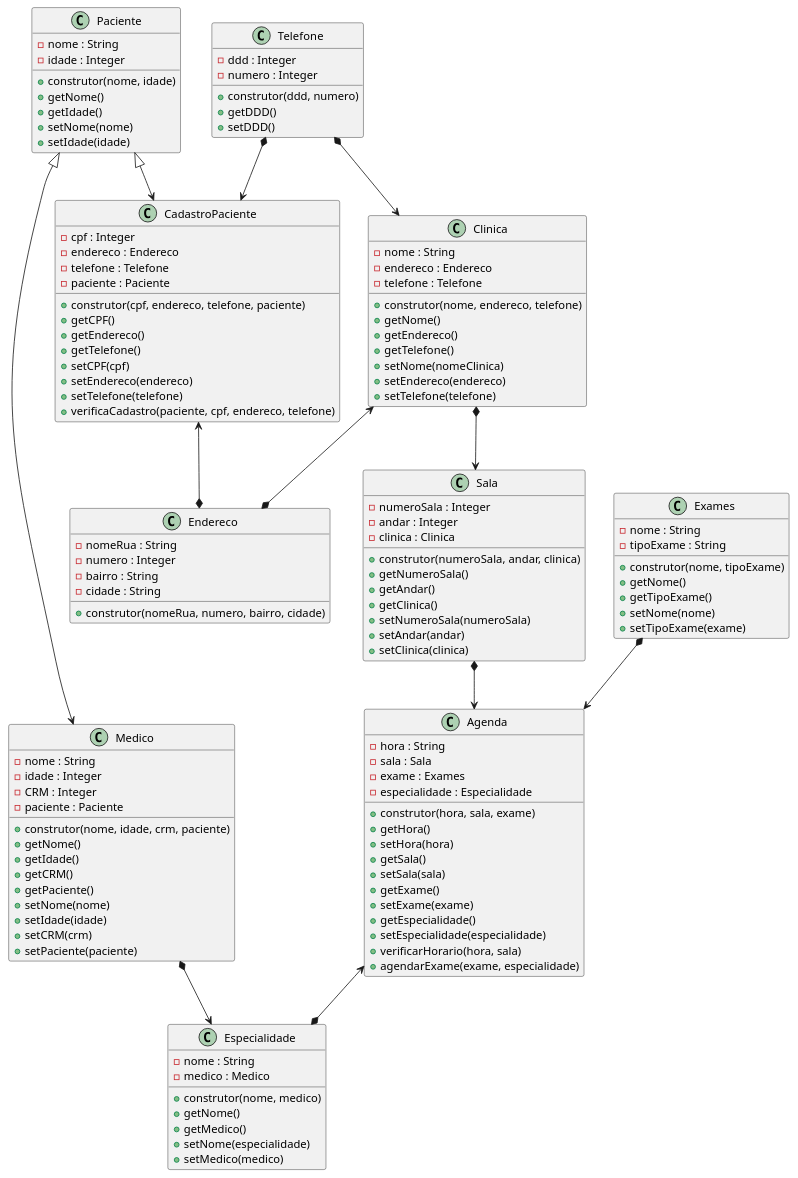
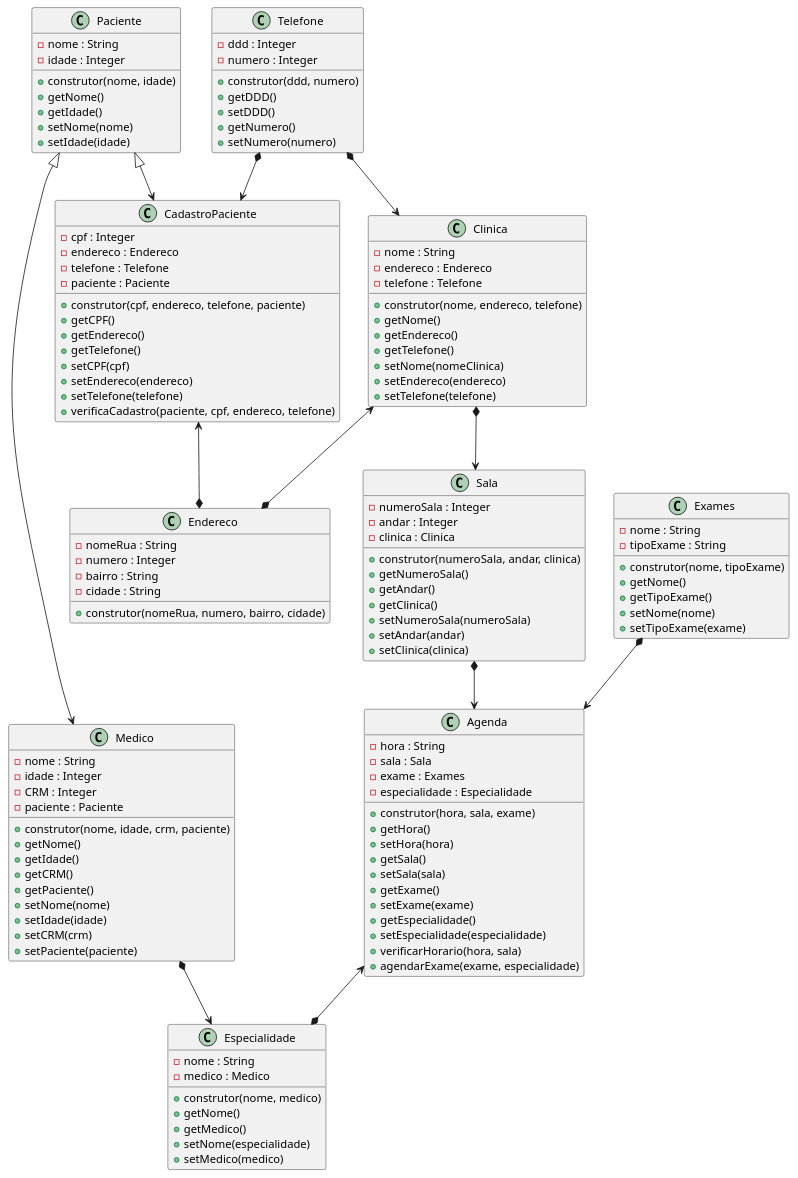
One commit to anleaes/2022-1-N2-POO-03 changed the diagram in diagrama.plantuml. Above: the diagram before and after it, drawn with PlantUML.

Commit message:
criado get e set de numero na classe telefone

```diff
--- a/diagrama.plantuml
+++ b/diagrama.plantuml
@@ -1,136 +1,138 @@
 @startuml Gerenciamento de Exames Medicos
 
     class Agenda{
         - hora : String
         - sala : Sala
         - exame : Exames
         - especialidade : Especialidade
         + construtor(hora, sala, exame)
         + getHora()
         + setHora(hora)
         + getSala()
         + setSala(sala)
         + getExame()
         + setExame(exame)
         + getEspecialidade()
         + setEspecialidade(especialidade)
         + verificarHorario(hora, sala)
         + agendarExame(exame, especialidade)
     }
 
     class Paciente{
         - nome : String
         - idade : Integer
         + construtor(nome, idade)
         + getNome()
         + getIdade()
         + setNome(nome)
         + setIdade(idade)
     }
 
     class CadastroPaciente{
         - cpf : Integer
         - endereco : Endereco
         - telefone : Telefone
         - paciente : Paciente
         + construtor(cpf, endereco, telefone, paciente)
         + getCPF()
         + getEndereco()
         + getTelefone()
         + setCPF(cpf)
         + setEndereco(endereco)
         + setTelefone(telefone)
         + verificaCadastro(paciente, cpf, endereco, telefone)
     }
 
     class Medico{
         - nome : String
         - idade : Integer
         - CRM : Integer
         - paciente : Paciente
         + construtor(nome, idade, crm, paciente)
         + getNome()
         + getIdade()
         + getCRM()
         + getPaciente()
         + setNome(nome)
         + setIdade(idade)
         + setCRM(crm)
         + setPaciente(paciente)
     }
 
     class Exames{
         - nome : String
         - tipoExame : String
         + construtor(nome, tipoExame)
         + getNome()
         + getTipoExame()
         + setNome(nome)
         + setTipoExame(exame)
     }
 
     class Especialidade{
         - nome : String
         - medico : Medico
         + construtor(nome, medico)
         + getNome()
         + getMedico()
         + setNome(especialidade)
         + setMedico(medico)
     }
 
     class Clinica{
         - nome : String
         - endereco : Endereco
         - telefone : Telefone
         + construtor(nome, endereco, telefone)
         + getNome()
         + getEndereco()
         + getTelefone()
         + setNome(nomeClinica)
         + setEndereco(endereco)
         + setTelefone(telefone)
     }
 
     class Sala{
         - numeroSala : Integer
         - andar : Integer
         - clinica : Clinica
         + construtor(numeroSala, andar, clinica)
         + getNumeroSala()
         + getAndar()
         + getClinica()
         + setNumeroSala(numeroSala)
         + setAndar(andar)
         + setClinica(clinica)
     }
 
     class Endereco{
         - nomeRua : String
         - numero : Integer
         - bairro : String
         - cidade : String
         + construtor(nomeRua, numero, bairro, cidade)
     }
 
     class Telefone{
         - ddd : Integer
         - numero : Integer
         + construtor(ddd, numero)
         + getDDD()
         + setDDD()
+        + getNumero()
+        + setNumero(numero)
     }
 
     Paciente <|--> CadastroPaciente
     Paciente <|--> Medico
     Medico *--> Especialidade
     Exames *--> Agenda
     Sala *--> Agenda
     Agenda <--* Especialidade
     Clinica *--> Sala
     Clinica <--* Endereco
     CadastroPaciente <--* Endereco
     Telefone *--> Clinica
     Telefone *--> CadastroPaciente
 
 @enduml
```
